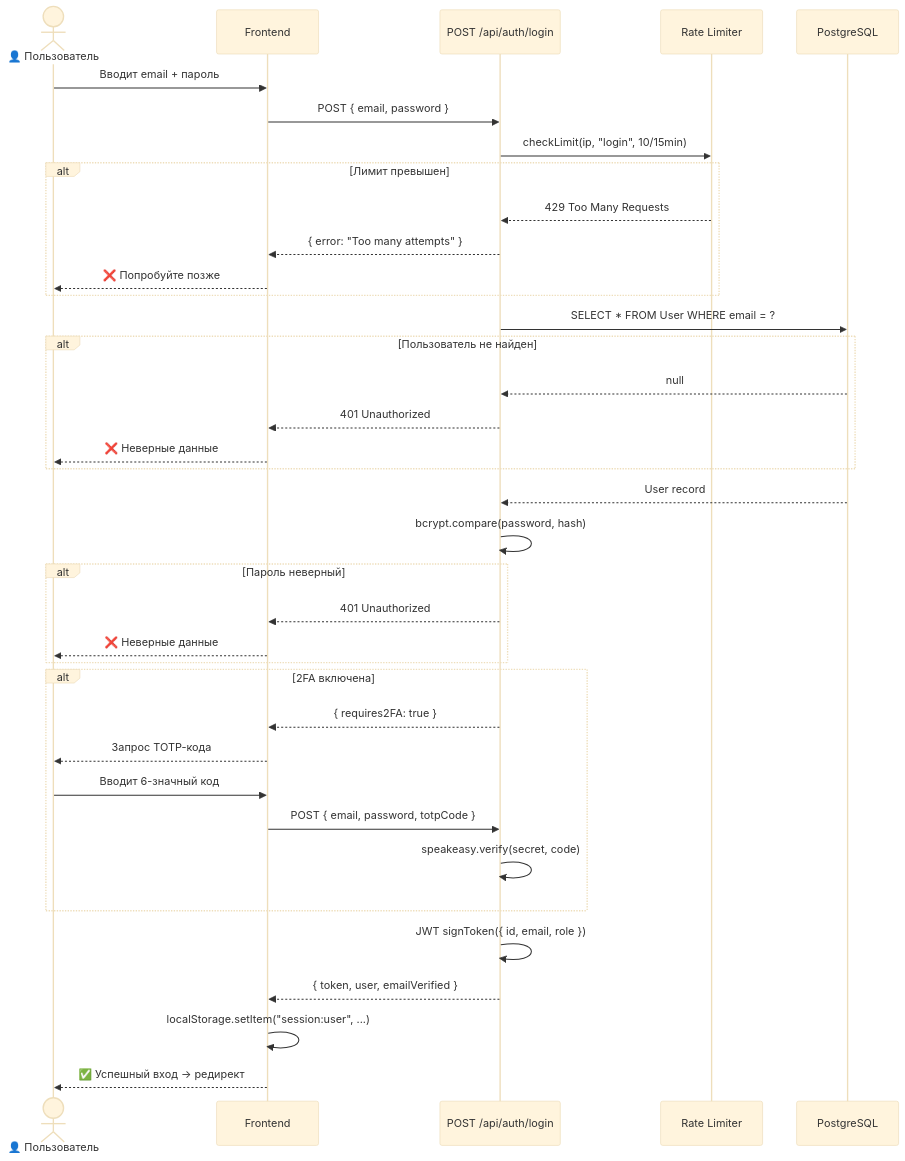
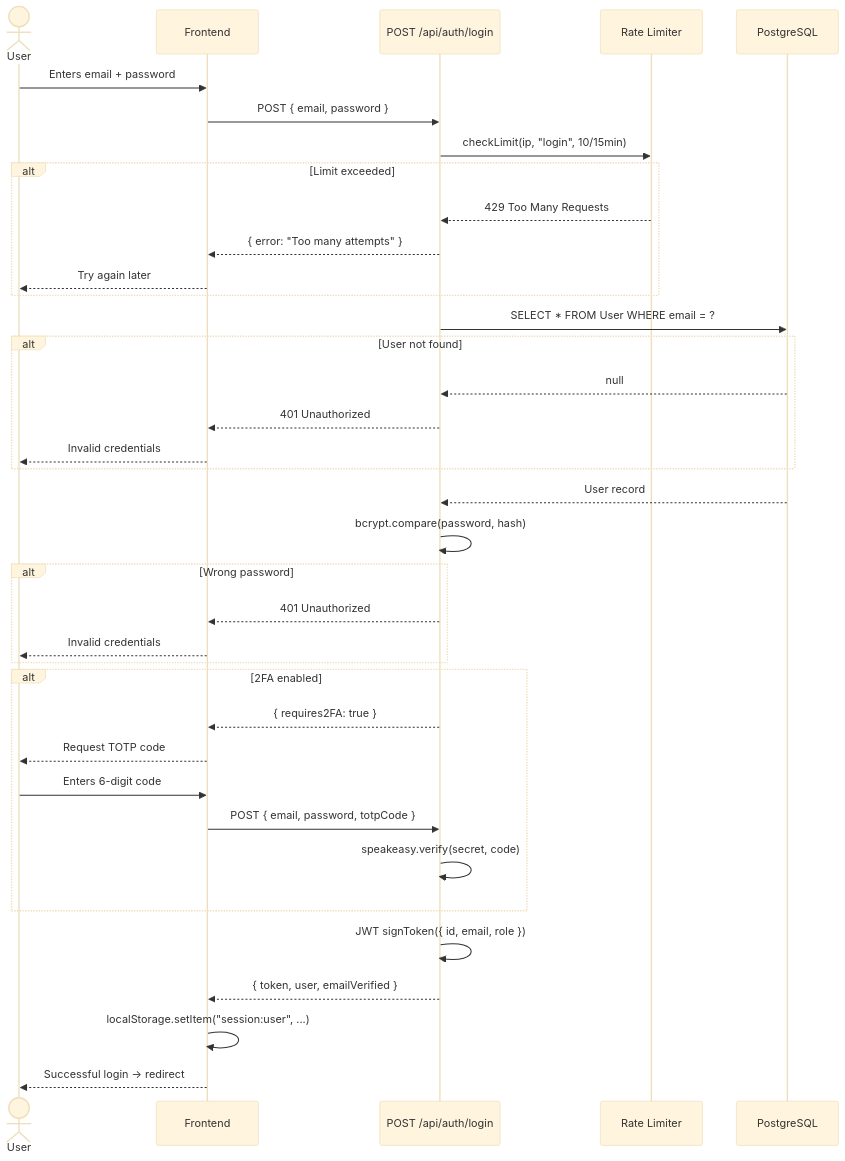
One commit to Asanali2077/remont_kz changed the fourth of 10 diagrams in diploma.md. Above: the diagram before and after it, drawn with Mermaid (base theme). The commit also changed other lines of this file and 2 other files, not shown here.

````diff
--- a/diploma.md
+++ b/diploma.md
@@ -1203,45 +1340,45 @@
 ```mermaid
 sequenceDiagram
-    actor U as 👤 Пользователь
+    actor U as User
     participant F as Frontend
     participant API as POST /api/auth/login
     participant RL as Rate Limiter
     participant DB as PostgreSQL
 
-    U->>F: Вводит email + пароль
+    U->>F: Enters email + password
     F->>API: POST { email, password }
 
     API->>RL: checkLimit(ip, "login", 10/15min)
-    alt Лимит превышен
+    alt Limit exceeded
         RL-->>API: 429 Too Many Requests
         API-->>F: { error: "Too many attempts" }
-        F-->>U: ❌ Попробуйте позже
+        F-->>U: Try again later
     end
 
     API->>DB: SELECT * FROM User WHERE email = ?
-    alt Пользователь не найден
+    alt User not found
         DB-->>API: null
         API-->>F: 401 Unauthorized
-        F-->>U: ❌ Неверные данные
+        F-->>U: Invalid credentials
     end
 
     DB-->>API: User record
     API->>API: bcrypt.compare(password, hash)
-    alt Пароль неверный
+    alt Wrong password
         API-->>F: 401 Unauthorized
-        F-->>U: ❌ Неверные данные
+        F-->>U: Invalid credentials
     end
 
-    alt 2FA включена
+    alt 2FA enabled
         API-->>F: { requires2FA: true }
-        F-->>U: Запрос TOTP-кода
-        U->>F: Вводит 6-значный код
+        F-->>U: Request TOTP code
+        U->>F: Enters 6-digit code
         F->>API: POST { email, password, totpCode }
         API->>API: speakeasy.verify(secret, code)
     end
 
     API->>API: JWT signToken({ id, email, role })
     API-->>F: { token, user, emailVerified }
     F->>F: localStorage.setItem("session:user", ...)
-    F-->>U: ✅ Успешный вход → редирект
+    F-->>U: Successful login → redirect
 ```
````
